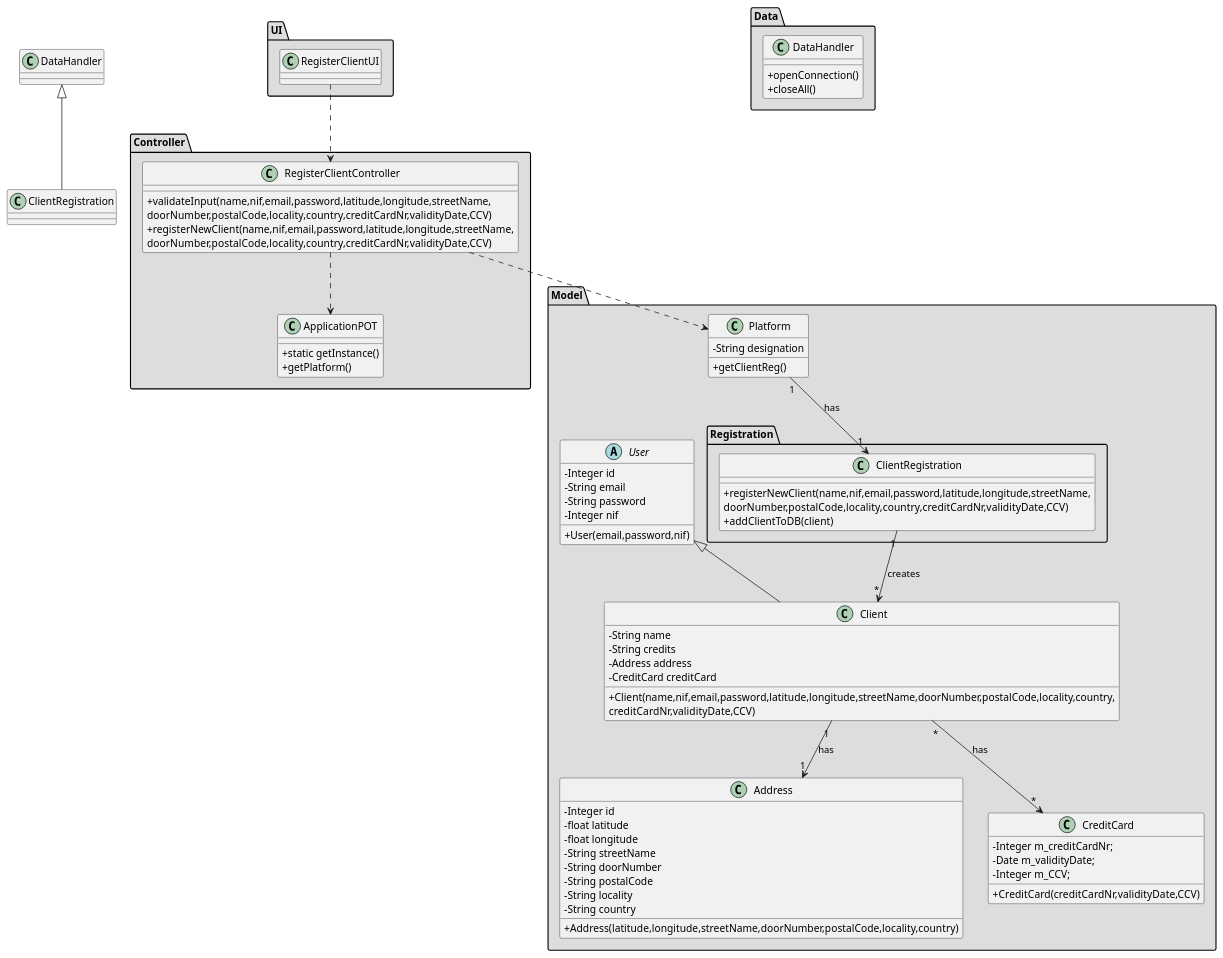
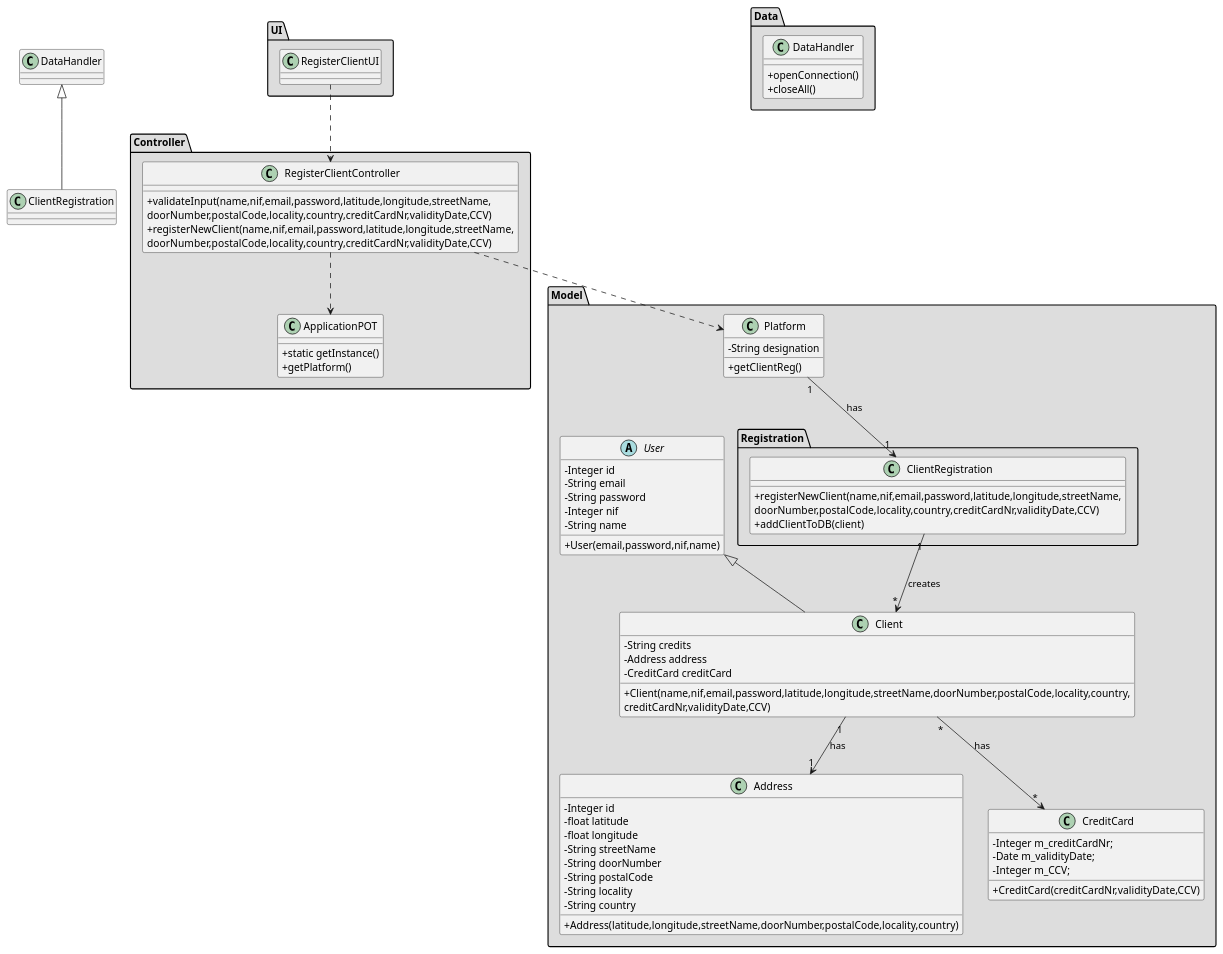
Before and after one commit to tiagoavcosta25/LAPR3: the diagram in docs/Iteration 1/User Management/US18_RegisterClient/US18_CD.puml, drawn with PlantUML. The commit also changed 9 other files, not shown here.

```diff
--- a/docs/Iteration 1/User Management/US18_RegisterClient/US18_CD.puml
+++ b/docs/Iteration 1/User Management/US18_RegisterClient/US18_CD.puml
@@ -1,105 +1,105 @@
 @startuml
 skinparam classAttributeIconSize 0
 
 
 package "Controller" #DDDDDD {
 class ApplicationPOT
 {
   +static getInstance()
   +getPlatform()
 }
 }
 
 
 package "UI" #DDDDDD {
 class RegisterClientUI{
 
 }
 }
 
 
 package "Controller" #DDDDDD {
 class RegisterClientController{
 +validateInput(name,nif,email,password,latitude,longitude,streetName,\ndoorNumber,postalCode,locality,country,creditCardNr,validityDate,CCV)
 +registerNewClient(name,nif,email,password,latitude,longitude,streetName,\ndoorNumber,postalCode,locality,country,creditCardNr,validityDate,CCV)
 }
 }
 
 
 package "Model" #DDDDDD {
 class Platform {
   -String designation
   +getClientReg()
 }
 package "Registration" #DDDDDD {
  class ClientRegistration{
  +registerNewClient(name,nif,email,password,latitude,longitude,streetName,\ndoorNumber,postalCode,locality,country,creditCardNr,validityDate,CCV)
  +addClientToDB(client)
  }
  }
 }
 
 
 
 
 package "Model" #DDDDDD {
 abstract class User{
 -Integer id
 -String email
 -String password
 -Integer nif
-+User(email,password,nif)
+-String name
++User(email,password,nif,name)
 }
 
 class Client extends User
 
 class Client{
--String name
 -String credits
 -Address address
 -CreditCard creditCard
 +Client(name,nif,email,password,latitude,longitude,streetName,doorNumber,postalCode,locality,country,
                         creditCardNr,validityDate,CCV)
 }
 
 class Address{
 -Integer id
 -float latitude
 -float longitude
 -String streetName
 -String doorNumber
 -String postalCode
 -String locality
 -String country
 +Address(latitude,longitude,streetName,doorNumber,postalCode,locality,country)
 }
 
 class CreditCard{
 -Integer m_creditCardNr;
 -Date m_validityDate;
 -Integer m_CCV;
 +CreditCard(creditCardNr,validityDate,CCV)
 }
 
 }
 
 
 package "Data" #DDDDDD {
 class DataHandler{
 +openConnection()
 +closeAll()
 }
 
 }
 
 
 RegisterClientUI ..> RegisterClientController
 RegisterClientController ..> Platform
 RegisterClientController ..> ApplicationPOT
 Platform "1" --> "1" ClientRegistration : has
 ClientRegistration "1" --> "*" Client : creates
 class ClientRegistration extends DataHandler
 Client "1" --> "1" Address : has
 Client "*" --> "*" CreditCard : has
 
 @enduml
```
